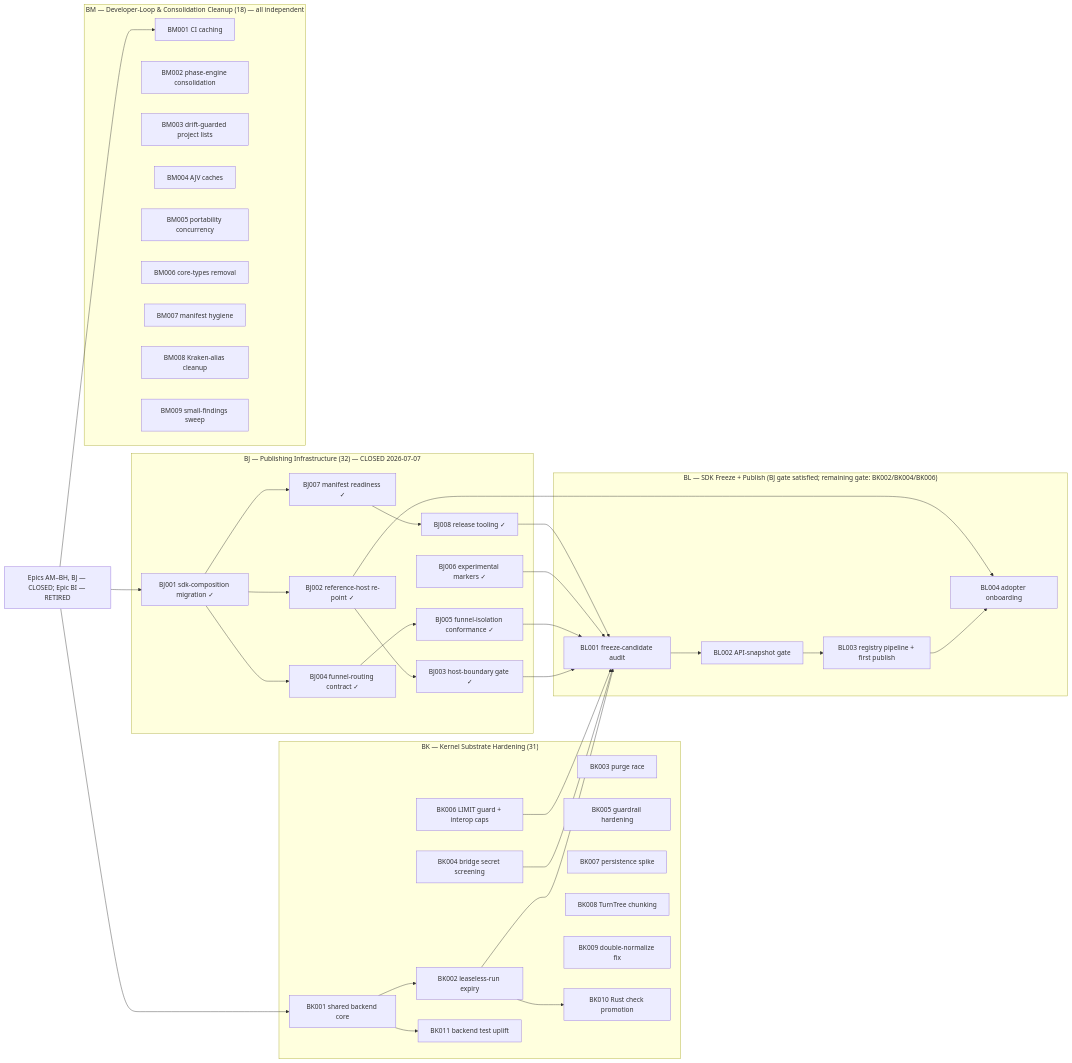
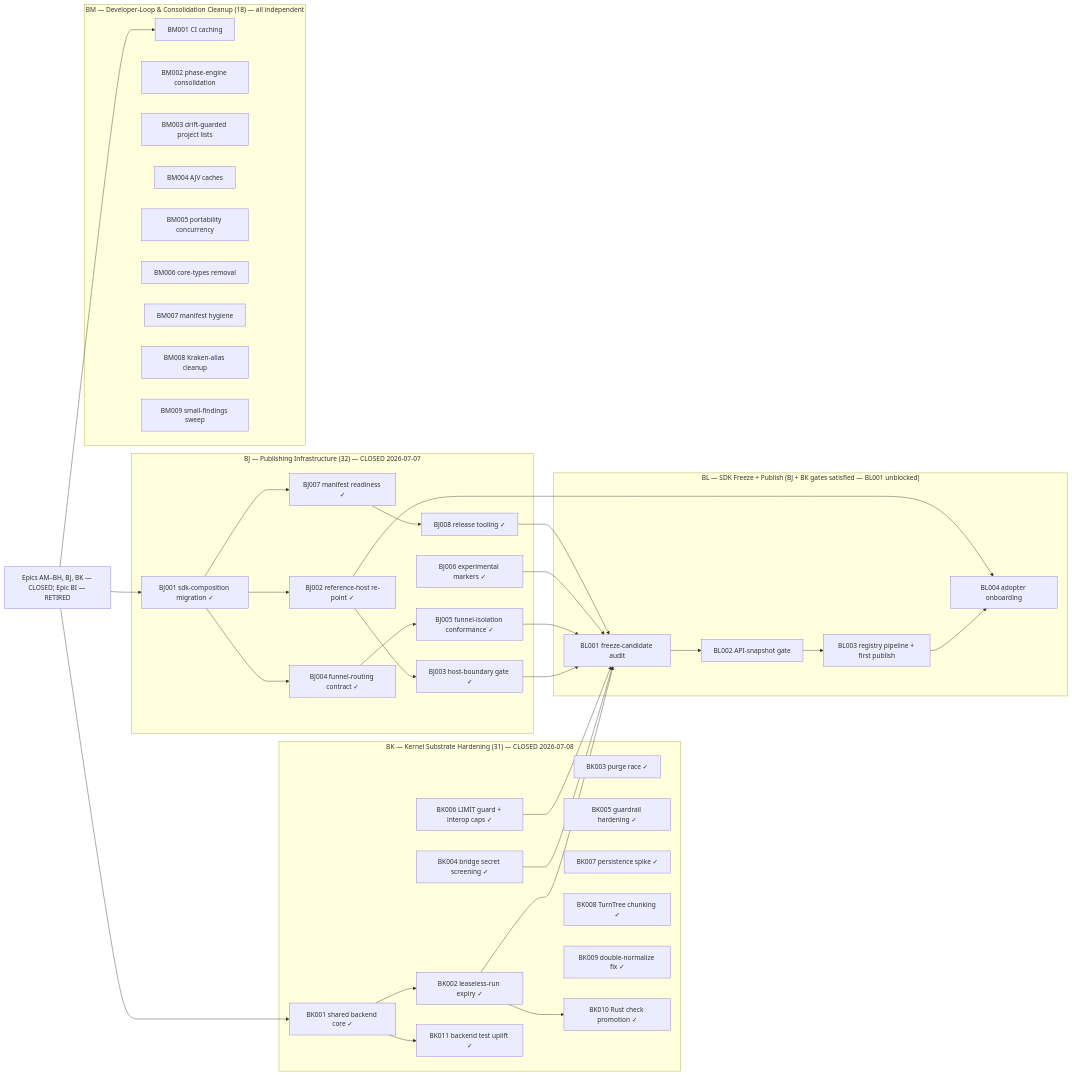
One commit to Tuvren/framework changed the diagram in .constitution/tasks/critical-path.md. Above: the diagram before and after it, drawn with Mermaid. The commit also changed other lines of this file and 127 other files, not shown here.

First line of the commit message:
Epic BK — Kernel Substrate Hardening (31 pts, KRT-BK001–BK011) (#91)

````diff
--- a/.constitution/tasks/critical-path.md
+++ b/.constitution/tasks/critical-path.md
@@ -102,61 +102,61 @@
 ```mermaid
 flowchart LR
-  priorClosed["Epics AM–BH, BJ — CLOSED; Epic BI — RETIRED"]
+  priorClosed["Epics AM–BH, BJ, BK — CLOSED; Epic BI — RETIRED"]
 
   subgraph BJ["BJ — Publishing Infrastructure (32) — CLOSED 2026-07-07"]
     BJ1["BJ001 sdk-composition migration ✓"]
     BJ1 --> BJ2["BJ002 reference-host re-point ✓"]
     BJ2 --> BJ3["BJ003 host-boundary gate ✓"]
     BJ1 --> BJ4["BJ004 funnel-routing contract ✓"]
     BJ4 --> BJ5["BJ005 funnel-isolation conformance ✓"]
     BJ6["BJ006 experimental markers ✓"]
     BJ1 --> BJ7["BJ007 manifest readiness ✓"]
     BJ7 --> BJ8["BJ008 release tooling ✓"]
   end
 
-  subgraph BK["BK — Kernel Substrate Hardening (31)"]
-    BK1["BK001 shared backend core"]
-    BK1 --> BK2["BK002 leaseless-run expiry"]
-    BK3["BK003 purge race"]
-    BK4["BK004 bridge secret screening"]
-    BK5["BK005 guardrail hardening"]
-    BK6["BK006 LIMIT guard + interop caps"]
-    BK7["BK007 persistence spike"]
-    BK8["BK008 TurnTree chunking"]
-    BK9["BK009 double-normalize fix"]
-    BK2 --> BK10["BK010 Rust check promotion"]
-    BK1 --> BK11["BK011 backend test uplift"]
+  subgraph BK["BK — Kernel Substrate Hardening (31) — CLOSED 2026-07-08"]
+    BK1["BK001 shared backend core ✓"]
+    BK1 --> BK2["BK002 leaseless-run expiry ✓"]
+    BK3["BK003 purge race ✓"]
+    BK4["BK004 bridge secret screening ✓"]
+    BK5["BK005 guardrail hardening ✓"]
+    BK6["BK006 LIMIT guard + interop caps ✓"]
+    BK7["BK007 persistence spike ✓"]
+    BK8["BK008 TurnTree chunking ✓"]
+    BK9["BK009 double-normalize fix ✓"]
+    BK2 --> BK10["BK010 Rust check promotion ✓"]
+    BK1 --> BK11["BK011 backend test uplift ✓"]
   end
 
-  subgraph BL["BL — SDK Freeze + Publish (BJ gate satisfied; remaining gate: BK002/BK004/BK006)"]
+  subgraph BL["BL — SDK Freeze + Publish (BJ + BK gates satisfied — BL001 unblocked)"]
     BL1["BL001 freeze-candidate audit"]
     BL1 --> BL2["BL002 API-snapshot gate"]
     BL2 --> BL3["BL003 registry pipeline + first publish"]
     BL3 --> BL4["BL004 adopter onboarding"]
   end
 
   subgraph BM["BM — Developer-Loop & Consolidation Cleanup (18) — all independent"]
     BM1["BM001 CI caching"]
     BM2["BM002 phase-engine consolidation"]
     BM3["BM003 drift-guarded project lists"]
     BM4["BM004 AJV caches"]
     BM5["BM005 portability concurrency"]
     BM6["BM006 core-types removal"]
     BM7["BM007 manifest hygiene"]
     BM8["BM008 Kraken-alias cleanup"]
     BM9["BM009 small-findings sweep"]
   end
 
   priorClosed --> BJ1
   priorClosed --> BK1
   priorClosed --> BM1
 
   BJ3 --> BL1
   BJ5 --> BL1
   BJ6 --> BL1
   BJ8 --> BL1
   BK2 --> BL1
   BK4 --> BL1
   BK6 --> BL1
   BJ2 --> BL4
 ```
````
